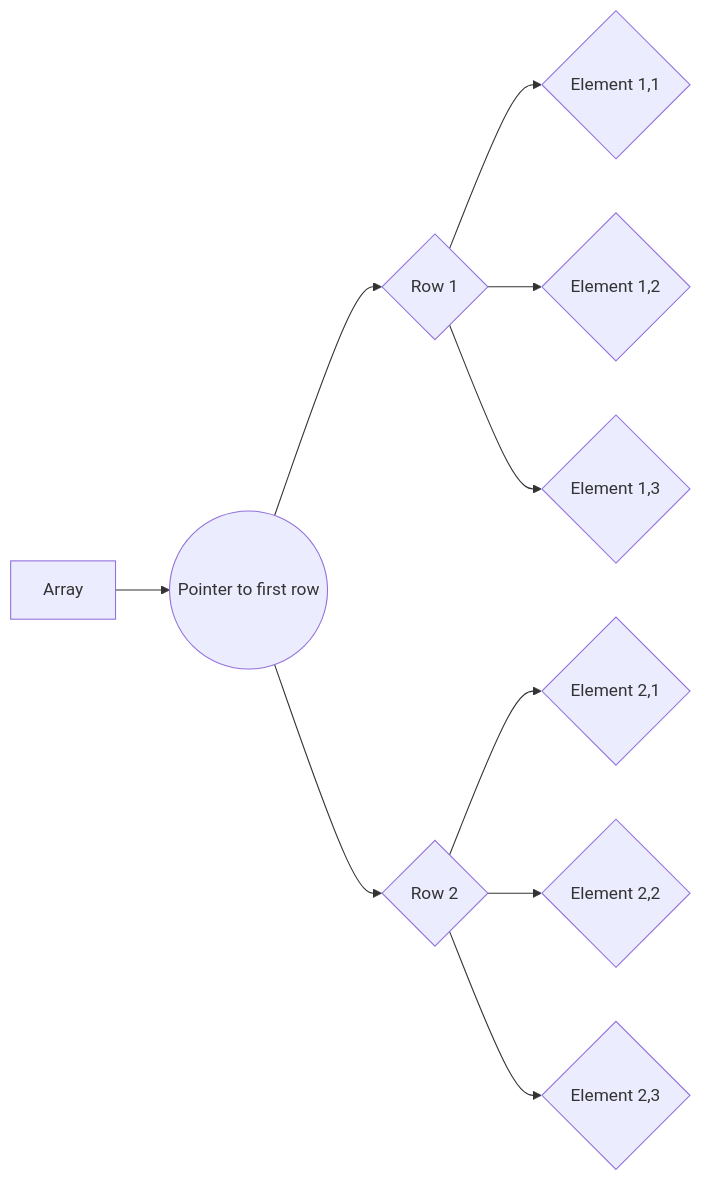
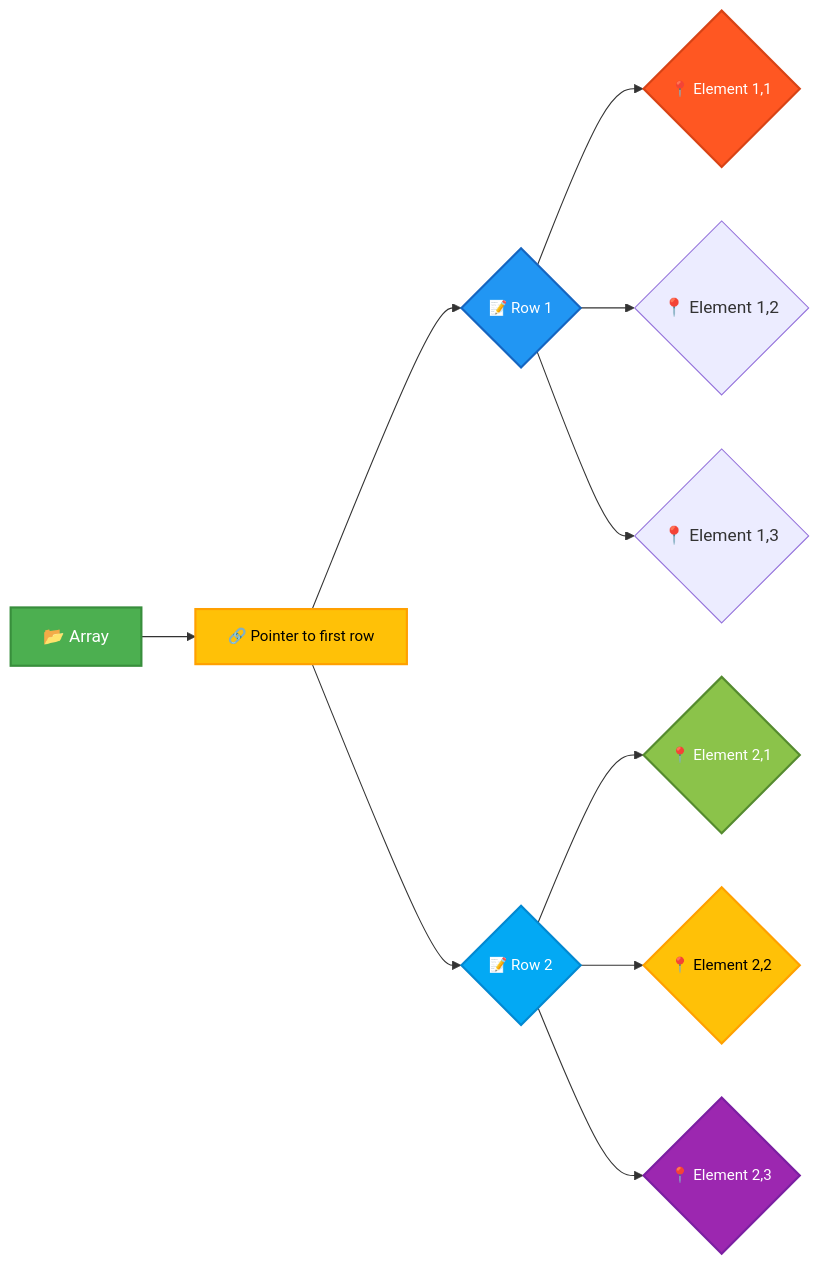
One commit to infoyouth/infoyouth.github.io changed the sixth of 10 diagrams in _posts/2024-12-04-c-arrays-and-strings.md. Above: the diagram before and after it, drawn with Mermaid. The commit also changed other lines of this file, not shown here.

````diff
--- a/_posts/2024-12-04-c-arrays-and-strings.md
+++ b/_posts/2024-12-04-c-arrays-and-strings.md
@@ -549,13 +556,23 @@
 ```mermaid
 graph LR
-A[Array] --> B((Pointer to first row));
-B --> C{Row 1};
-C --> D{Element 1,1};
-C --> E{Element 1,2};
-C --> F{Element 1,3};
-B --> G{Row 2};
-G --> H{Element 2,1};
-G --> I{Element 2,2};
-G --> J{Element 2,3};
+    style A fill:#4CAF50,stroke:#388E3C,stroke-width:2px,color:#FFFFFF,font-size:16px,background:#FFFFFF80
+    style B fill:#FFC107,stroke:#FFA000,stroke-width:2px,color:#000000,font-size:14px,background:#FFFFFF80
+    style C fill:#2196F3,stroke:#1565C0,stroke-width:2px,color:#FFFFFF,font-size:14px,background:#FFFFFF80
+    style D fill:#FF5722,stroke:#D84315,stroke-width:2px,color:#FFFFFF,font-size:14px,background:#FFFFFF80
+    style G fill:#03A9F4,stroke:#0288D1,stroke-width:2px,color:#FFFFFF,font-size:14px,background:#FFFFFF80
+    style H fill:#8BC34A,stroke:#558B2F,stroke-width:2px,color:#FFFFFF,font-size:14px,background:#FFFFFF80
+    style I fill:#FFC107,stroke:#FFA000,stroke-width:2px,color:#000000,font-size:14px,background:#FFFFFF80
+    style J fill:#9C27B0,stroke:#7B1FA2,stroke-width:2px,color:#FFFFFF,font-size:14px,background:#FFFFFF80
+
+    A["📂 Array"] --> B["🔗 Pointer to first row"];
+    B --> C{"📝 Row 1"};
+    C --> D{"📍 Element 1,1"};
+    C --> E{"📍 Element 1,2"};
+    C --> F{"📍 Element 1,3"};
+    B --> G{"📝 Row 2"};
+    G --> H{"📍 Element 2,1"};
+    G --> I{"📍 Element 2,2"};
+    G --> J{"📍 Element 2,3"};
+
 
 ```
````
